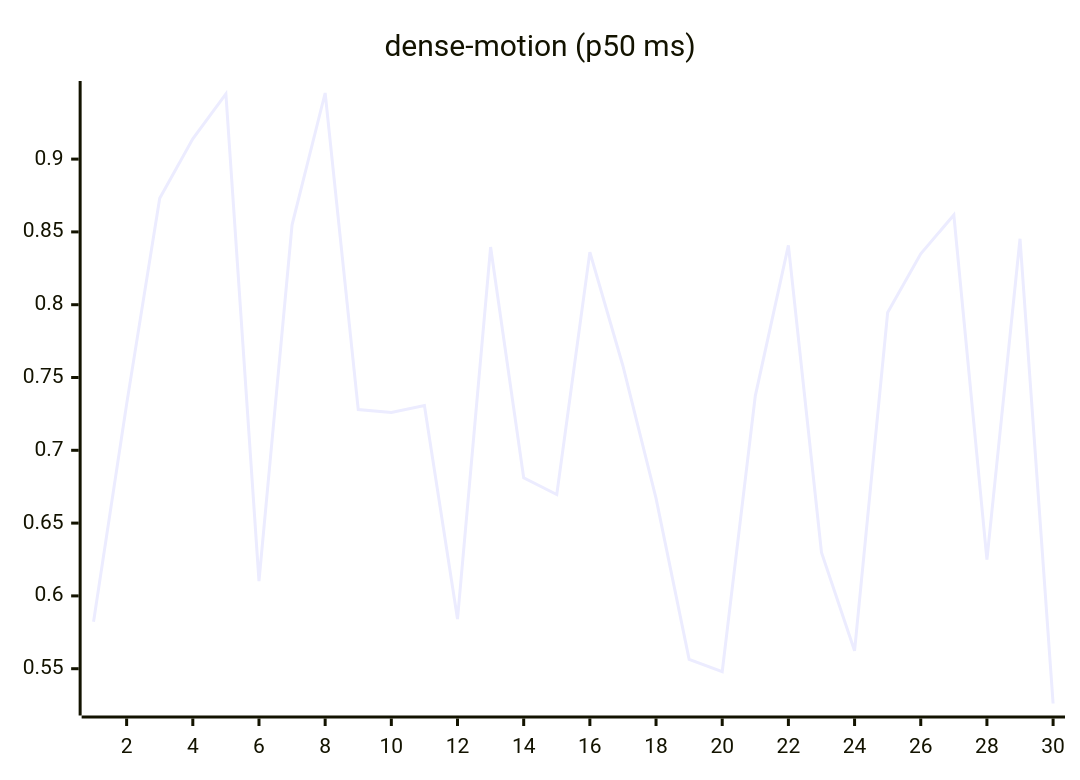
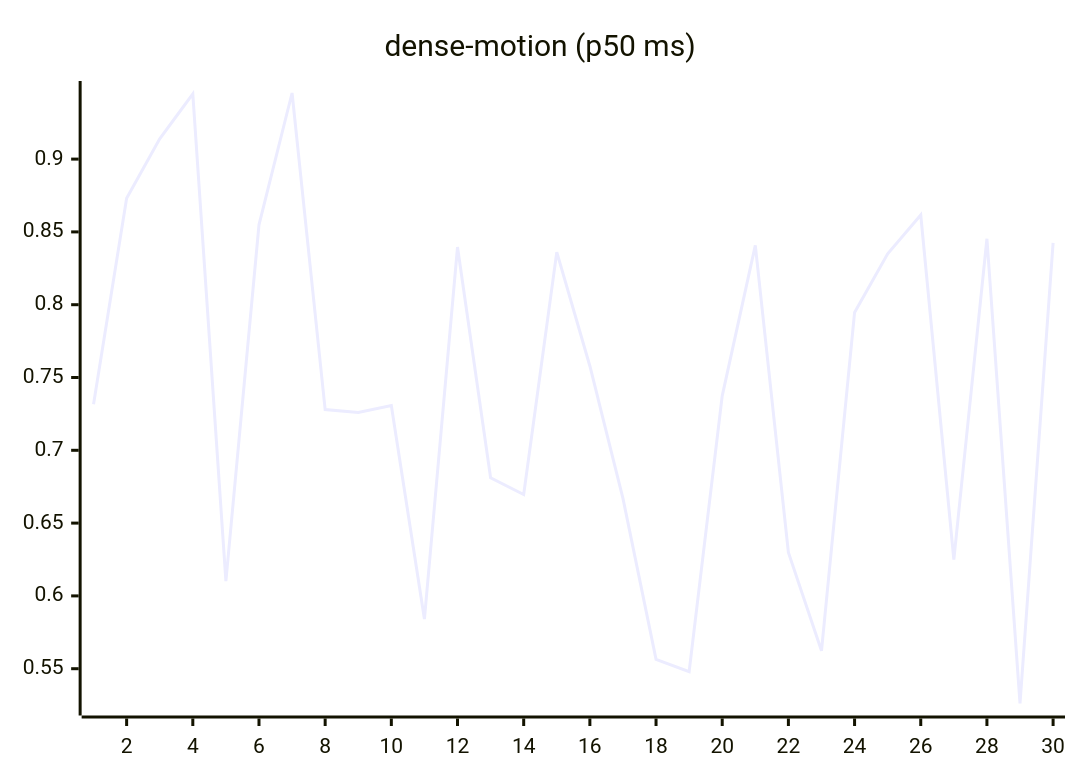
The ninth of 27 diagrams in README.md (josha/Facet), drawn with Mermaid before and after one commit. The commit also changed other lines of this file and 2 other files, not shown here.

````diff
--- a/README.md
+++ b/README.md
@@ -119,6 +119,6 @@
 ```mermaid
 xychart-beta
     title "dense-motion (p50 ms)"
     x-axis 1 --> 30
-    line [0.5823, 0.7317, 0.8731, 0.9139, 0.9448, 0.6101, 0.8549, 0.9454, 0.7280, 0.7259, 0.7307, 0.5841, 0.8396, 0.6811, 0.6696, 0.8361, 0.7579, 0.6670, 0.5564, 0.5479, 0.7374, 0.8407, 0.6299, 0.5623, 0.7946, 0.8350, 0.8616, 0.6249, 0.8453, 0.5261]
+    line [0.7317, 0.8731, 0.9139, 0.9448, 0.6101, 0.8549, 0.9454, 0.7280, 0.7259, 0.7307, 0.5841, 0.8396, 0.6811, 0.6696, 0.8361, 0.7579, 0.6670, 0.5564, 0.5479, 0.7374, 0.8407, 0.6299, 0.5623, 0.7946, 0.8350, 0.8616, 0.6249, 0.8453, 0.5261, 0.8424]
 ```
````
